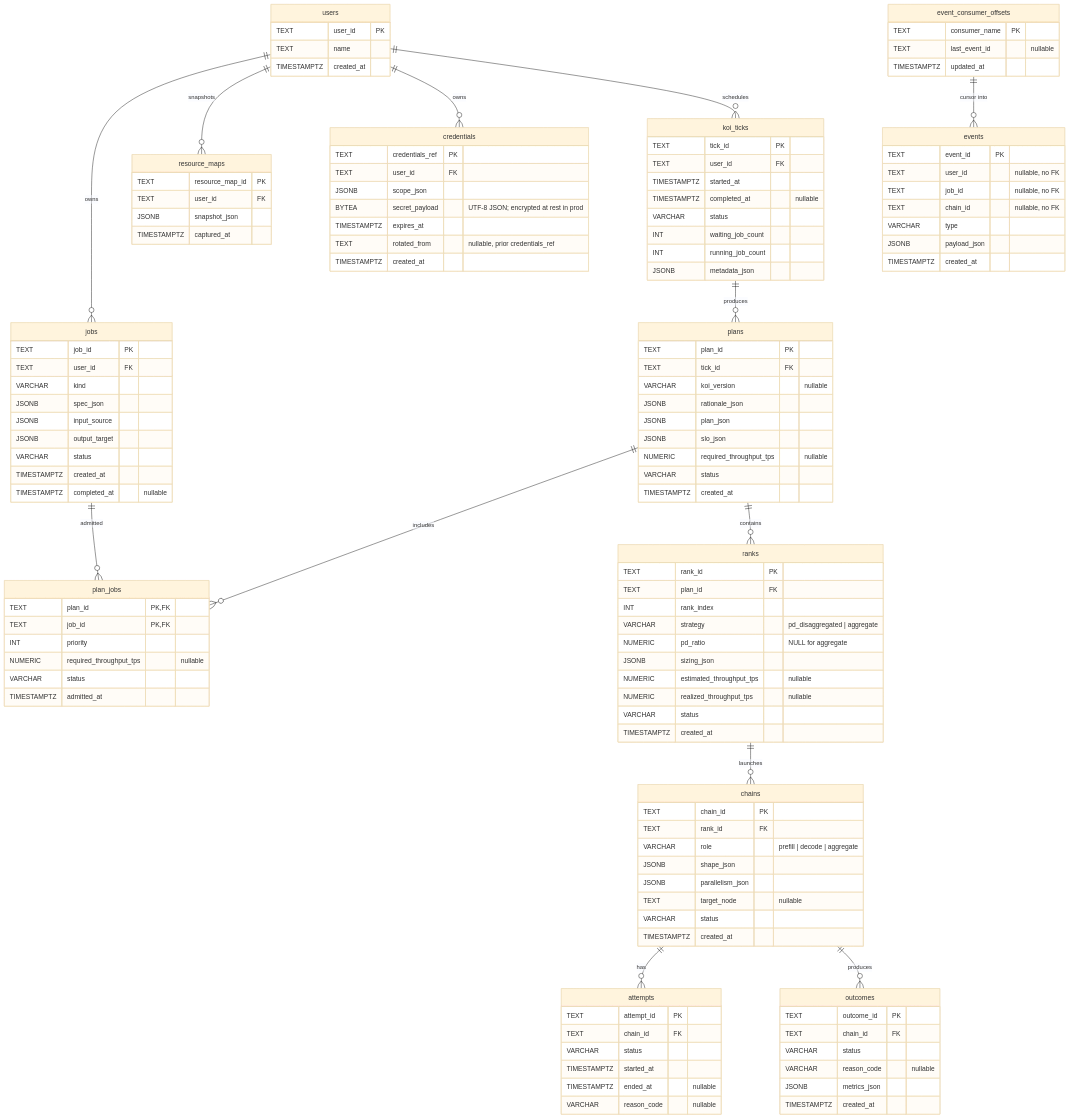
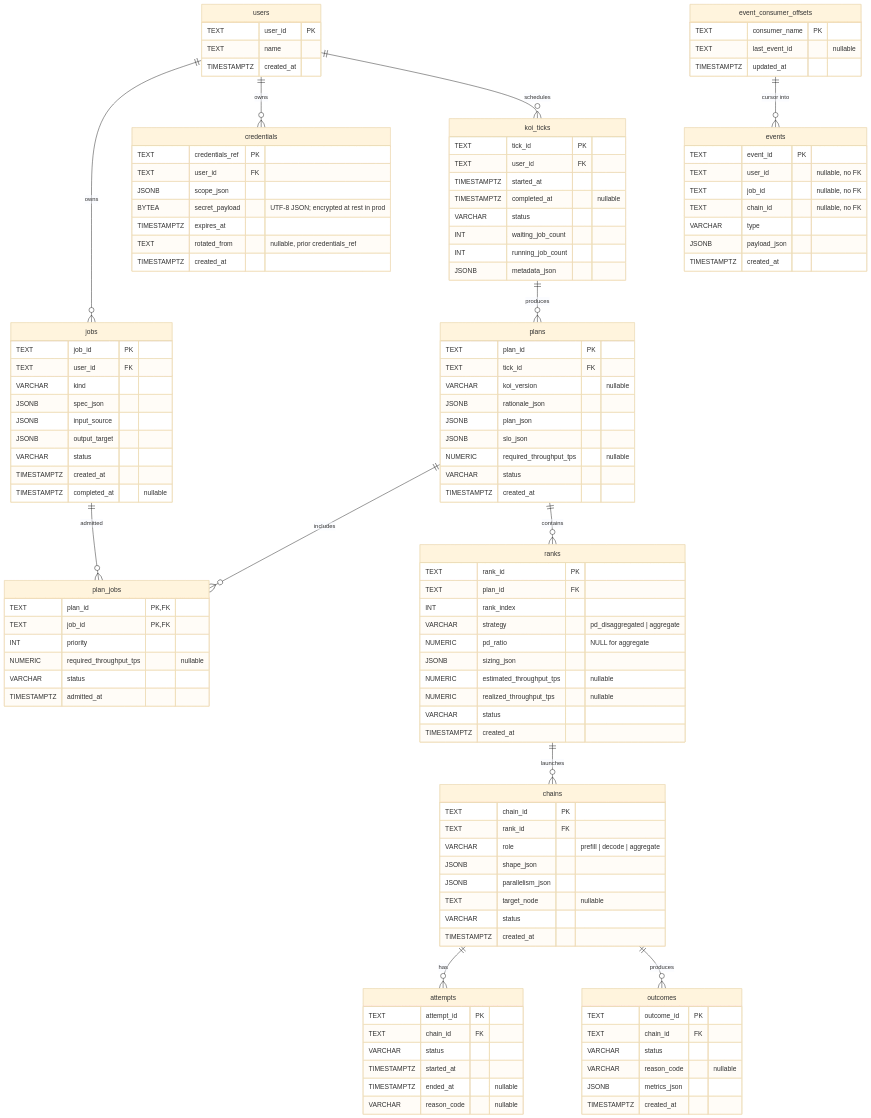
The diagram in DATABASE.md (Tandemn-Labs/tandemn-store), drawn with Mermaid (base theme) before and after one commit. The commit also changed other lines of this file and 10 other files, not shown here.

First line of the commit message:
schema: resource map moves out of Postgres into Orca memory

````diff
--- a/DATABASE.md
+++ b/DATABASE.md
@@ -16,7 +16,6 @@
 ```mermaid
 erDiagram
     users ||--o{ jobs            : "owns"
-    users ||--o{ resource_maps   : "snapshots"
     users ||--o{ credentials     : "owns"
     users ||--o{ koi_ticks       : "schedules"
 
@@ -36,13 +35,6 @@
       TEXT user_id PK
       TEXT name
       TIMESTAMPTZ created_at
-    }
-
-    resource_maps {
-      TEXT resource_map_id PK
-      TEXT user_id FK
-      JSONB snapshot_json
-      TIMESTAMPTZ captured_at
     }
 
     jobs {
````
